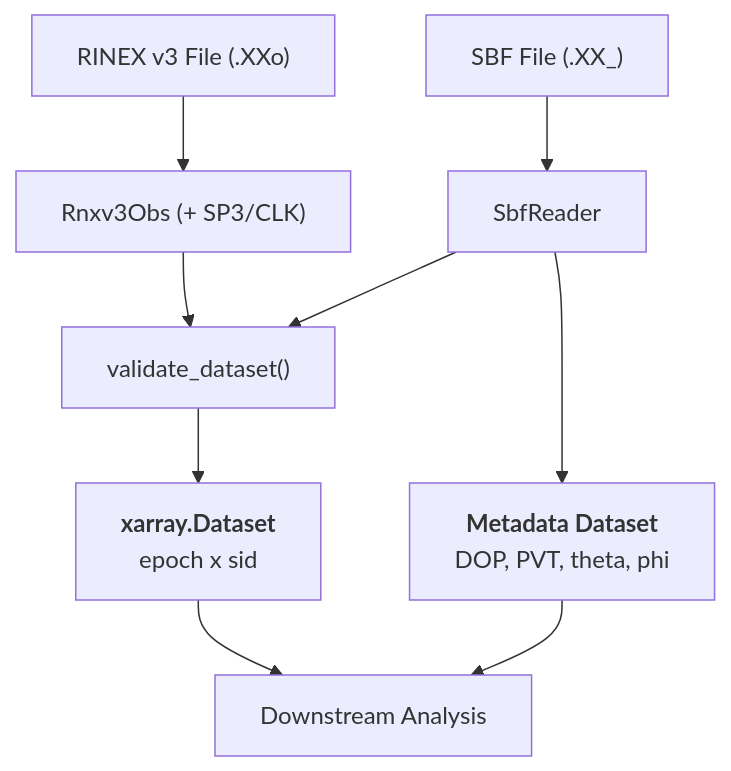
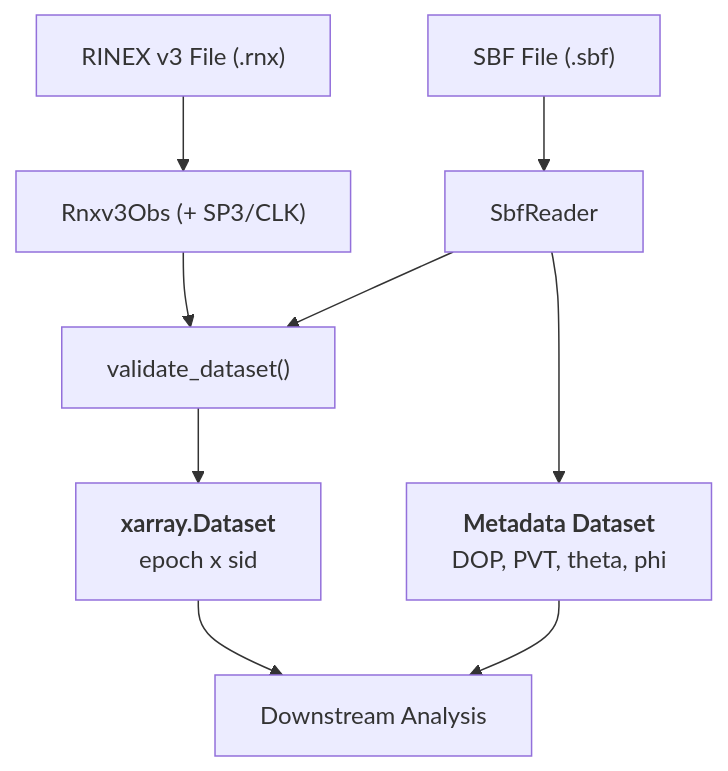
One commit to konstantinschellenberg/canvodpy changed the diagram in docs/packages/readers/overview.md. Above: the diagram before and after it, drawn with Mermaid. The commit also changed other lines of this file and 27 other files, not shown here.

````diff
--- a/docs/packages/readers/overview.md
+++ b/docs/packages/readers/overview.md
@@ -55,13 +55,13 @@
 ```mermaid
 graph TD
-    A1["RINEX v3 File (.XXo)"] --> B1["Rnxv3Obs (+ SP3/CLK)"]
-    A2["SBF File (.XX_)"] --> B2["SbfReader"]
+    A1["RINEX v3 File (.rnx)"] --> B1["Rnxv3Obs (+ SP3/CLK)"]
+    A2["SBF File (.sbf)"] --> B2["SbfReader"]
     B1 --> C["validate_dataset()"]
     B2 --> C
     C --> D["`**xarray.Dataset**
     epoch x sid`"]
     B2 --> E["`**Metadata Dataset**
     DOP, PVT, theta, phi`"]
     D --> F["Downstream Analysis"]
     E --> F
 ```
````
